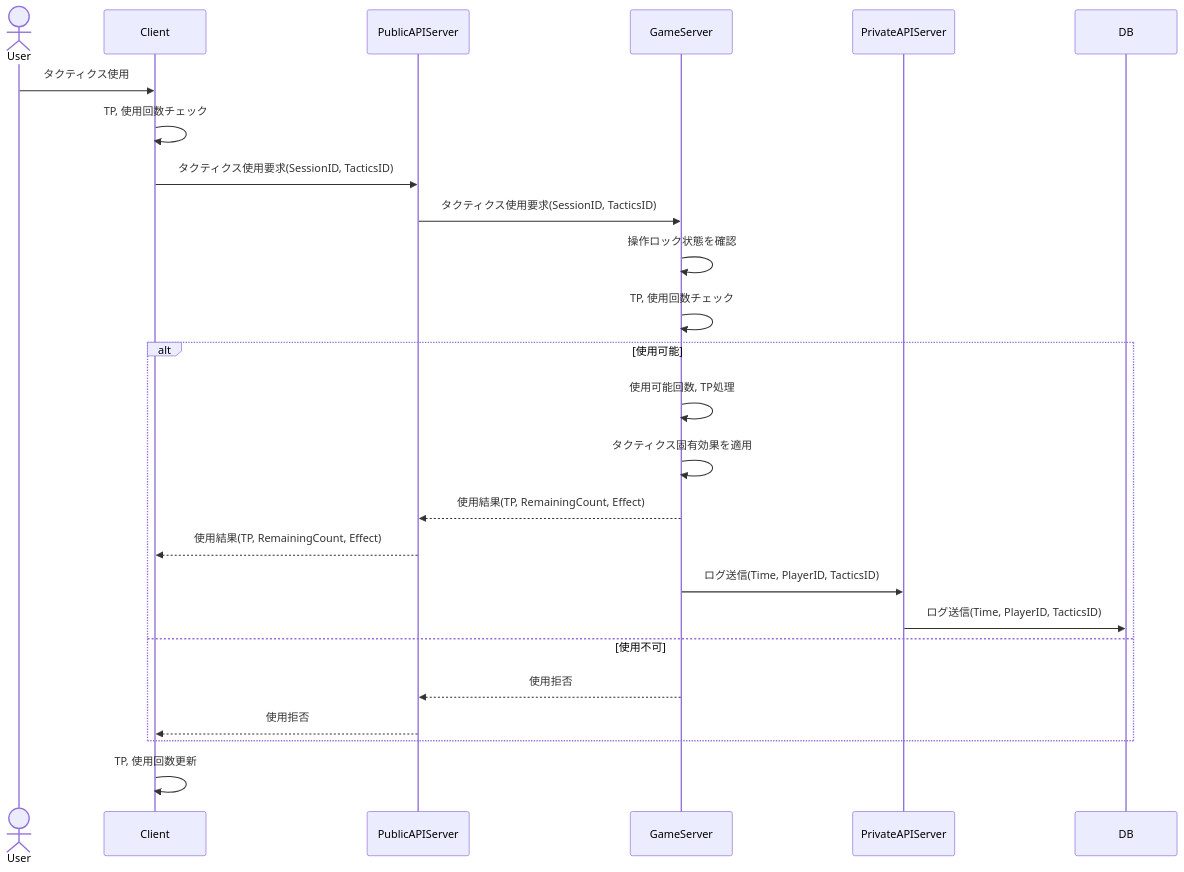
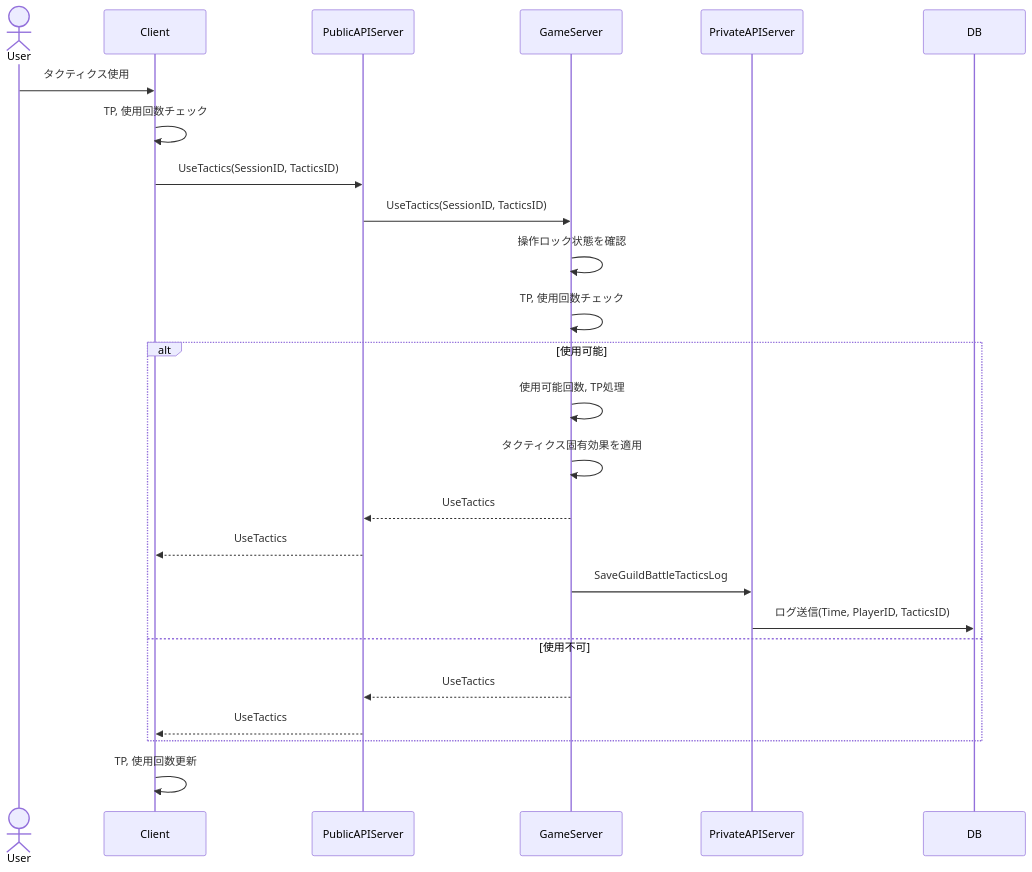
Before and after one commit to ReHydrangeaOdyssey/Specifications: the ninth of 17 diagrams in guild_battle.md, drawn with Mermaid. The commit also changed other lines of this file and 15 other files, not shown here.

````diff
--- a/guild_battle.md
+++ b/guild_battle.md
@@ -714,32 +734,32 @@
 ``` mermaid
 sequenceDiagram
     actor User
     participant Client
     participant PublicAPIServer
     participant GameServer
     participant PrivateAPIServer
     participant DB
 
     User->>Client: タクティクス使用
     Client->>Client: TP, 使用回数チェック
-    Client->>PublicAPIServer: タクティクス使用要求(SessionID, TacticsID)
-    PublicAPIServer->>GameServer: タクティクス使用要求(SessionID, TacticsID)
+    Client->>PublicAPIServer: UseTactics(SessionID, TacticsID)
+    PublicAPIServer->>GameServer: UseTactics(SessionID, TacticsID)
 
     GameServer->>GameServer: 操作ロック状態を確認
     GameServer->>GameServer: TP, 使用回数チェック
 
     alt 使用可能
         GameServer->>GameServer: 使用可能回数, TP処理
         GameServer->>GameServer: タクティクス固有効果を適用
-        GameServer-->>PublicAPIServer: 使用結果(TP, RemainingCount, Effect)
-        PublicAPIServer-->>Client: 使用結果(TP, RemainingCount, Effect)
+        GameServer-->>PublicAPIServer: UseTactics
+        PublicAPIServer-->>Client: UseTactics
 
-        GameServer ->> PrivateAPIServer: ログ送信(Time, PlayerID, TacticsID)
+        GameServer ->> PrivateAPIServer: SaveGuildBattleTacticsLog
         PrivateAPIServer ->> DB: ログ送信(Time, PlayerID, TacticsID)
     else 使用不可
-        GameServer-->>PublicAPIServer: 使用拒否
-        PublicAPIServer-->>Client: 使用拒否
+        GameServer-->>PublicAPIServer: UseTactics
+        PublicAPIServer-->>Client: UseTactics
     end
     
     Client->>Client: TP, 使用回数更新
 ```
````
